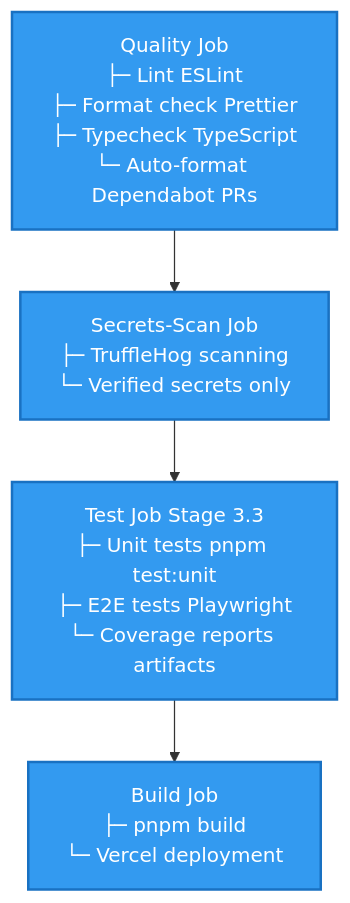
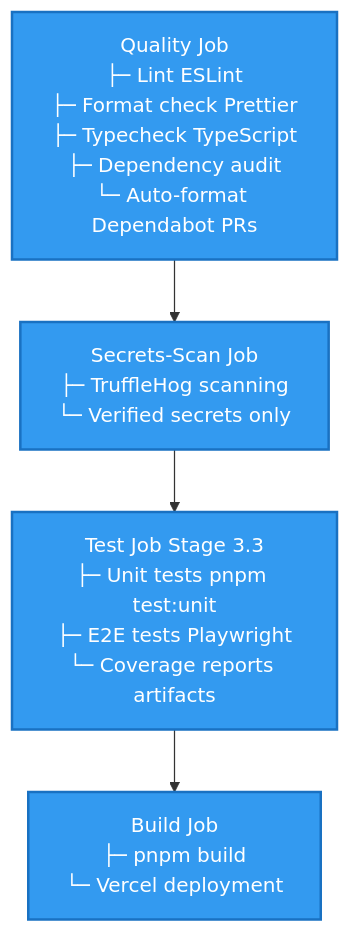
Before and after one commit to bryce-seefieldt/portfolio-docs: the diagram in docs/30-devops-platform/ci-cd-pipeline-overview.md, drawn with Mermaid. The commit also changed other lines of this file and 21 other files, not shown here.

````diff
--- a/docs/30-devops-platform/ci-cd-pipeline-overview.md
+++ b/docs/30-devops-platform/ci-cd-pipeline-overview.md
@@ -37,16 +37,16 @@
 ```mermaid
 graph TB
-    Quality["Quality Job<br/>├─ Lint ESLint<br/>├─ Format check Prettier<br/>├─ Typecheck TypeScript<br/>└─ Auto-format Dependabot PRs"]
+   Quality["Quality Job<br/>├─ Lint ESLint<br/>├─ Format check Prettier<br/>├─ Typecheck TypeScript<br/>├─ Dependency audit<br/>└─ Auto-format Dependabot PRs"]
     Secrets["Secrets-Scan Job<br/>├─ TruffleHog scanning<br/>└─ Verified secrets only"]
     Test["Test Job Stage 3.3<br/>├─ Unit tests pnpm test:unit<br/>├─ E2E tests Playwright<br/>└─ Coverage reports artifacts"]
     Build["Build Job<br/>├─ pnpm build<br/>└─ Vercel deployment"]
 
     Quality --> Secrets
     Secrets --> Test
     Test --> Build
 
     style Quality fill:#339af0,stroke:#1971c2,stroke-width:2px,color:#fff
     style Secrets fill:#339af0,stroke:#1971c2,stroke-width:2px,color:#fff
     style Test fill:#339af0,stroke:#1971c2,stroke-width:2px,color:#fff
     style Build fill:#339af0,stroke:#1971c2,stroke-width:2px,color:#fff
 ```
````
